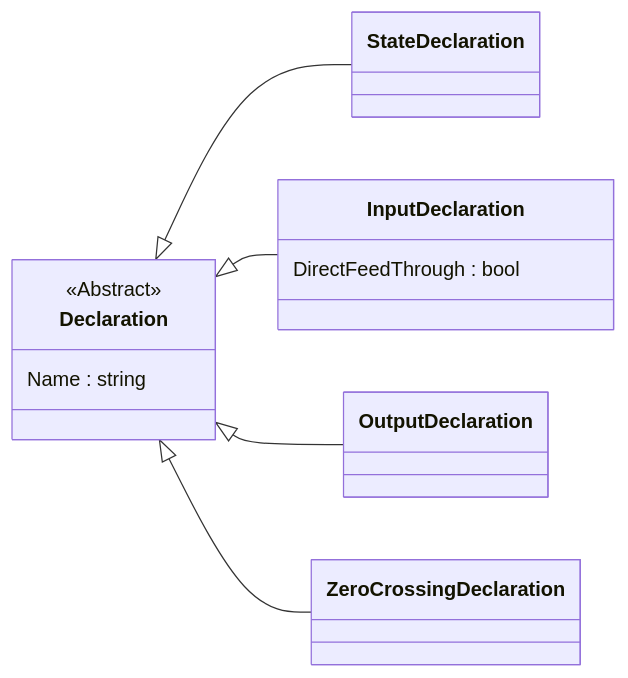
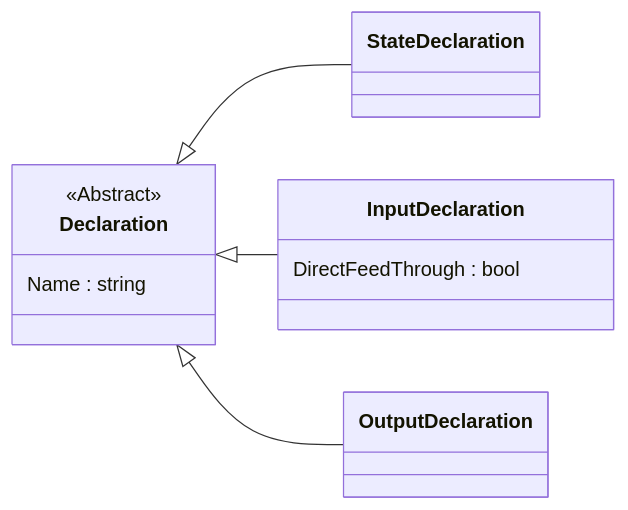
Before and after one commit to ghackenberg/kurs-computer-simulation: the diagram in Quellen/WS25/SFunctionContinuous/Declaration.mmd, drawn with Mermaid. The commit also changed 22 other files, not shown here.

```diff
--- a/Quellen/WS25/SFunctionContinuous/Declaration.mmd
+++ b/Quellen/WS25/SFunctionContinuous/Declaration.mmd
@@ -1,29 +1,24 @@
 classDiagram
 
     direction LR
 
     class Declaration {
         <<Abstract>>
         Name : string
     }
 
     class StateDeclaration {
     
     }
 
     class InputDeclaration {
         DirectFeedThrough : bool
     }
 
     class OutputDeclaration {
     
     }
 
-    class ZeroCrossingDeclaration {
-    
-    }
-
     Declaration <|-- StateDeclaration
     Declaration <|-- InputDeclaration
     Declaration <|-- OutputDeclaration
-    Declaration <|-- ZeroCrossingDeclaration
```
